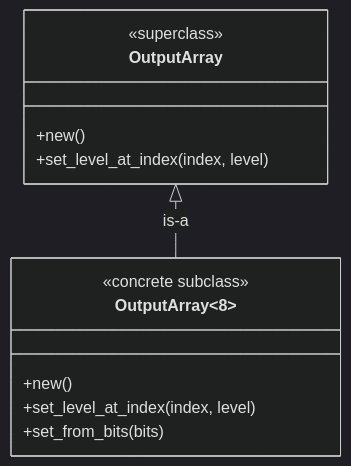
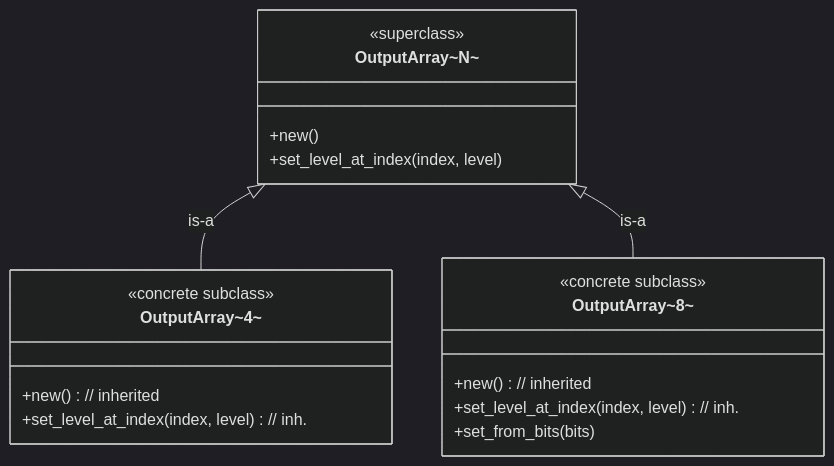
One commit to CarlKCarlK/inherit changed the diagram in examples/8_puzzle.md. Above: the diagram before and after it, drawn with Mermaid (dark theme). The commit also changed other lines of this file and 10 other files, not shown here.

````diff
--- a/examples/8_puzzle.md
+++ b/examples/8_puzzle.md
@@ -5,19 +5,27 @@
 ```mermaid
 classDiagram
     direction TB
 
-    class OutputArrayN["OutputArray<N>"] {
+    class OutputArrayN["OutputArray~N~"] {
         <<superclass>>
         +new()
         +set_level_at_index(index, level)
     }
 
-    class OutputArray8["OutputArray<8>"] {
+    class OutputArray4["OutputArray~4~"] {
         <<concrete subclass>>
-        +new()
-        +set_level_at_index(index, level)
+        +new() // inherited
+        +set_level_at_index(index, level) // inh.
+    }
+
+    class OutputArray8["OutputArray~8~"] {
+        <<concrete subclass>>
+        +new() // inherited
+        +set_level_at_index(index, level) // inh.
         +set_from_bits(bits)
     }
 
+
+    OutputArrayN <|-- OutputArray4 : is-a
     OutputArrayN <|-- OutputArray8 : is-a
 ```
````
